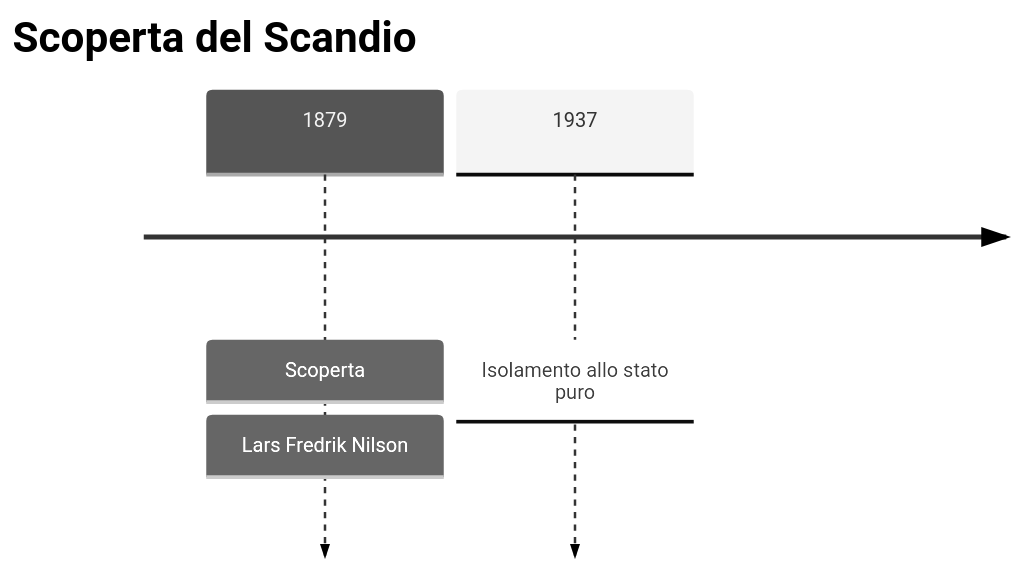
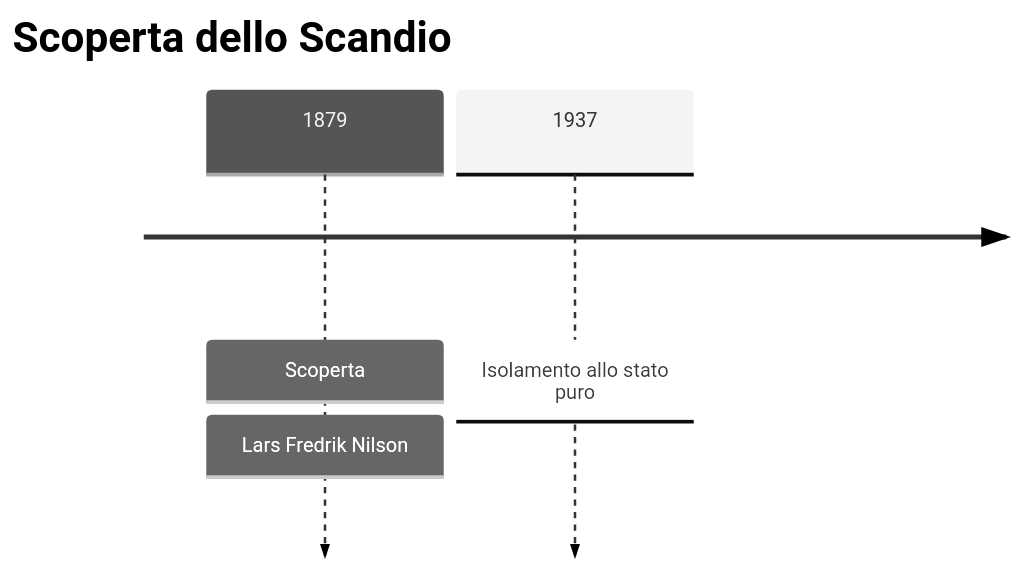
One commit to gianlucaciarcelluti/elements-caos changed the first of 2 diagrams in vault/Elementi/Scandio.md. Above: the diagram before and after it, drawn with Mermaid (neutral theme). The commit also changed 3 other files, not shown here.

````diff
--- a/vault/Elementi/Scandio.md
+++ b/vault/Elementi/Scandio.md
@@ -28,6 +28,6 @@
 ```mermaid
 timeline
-    title Scoperta del Scandio
+    title Scoperta dello Scandio
     1879 : Scoperta : Lars Fredrik Nilson
     1937 : Isolamento allo stato puro
 ```
````
